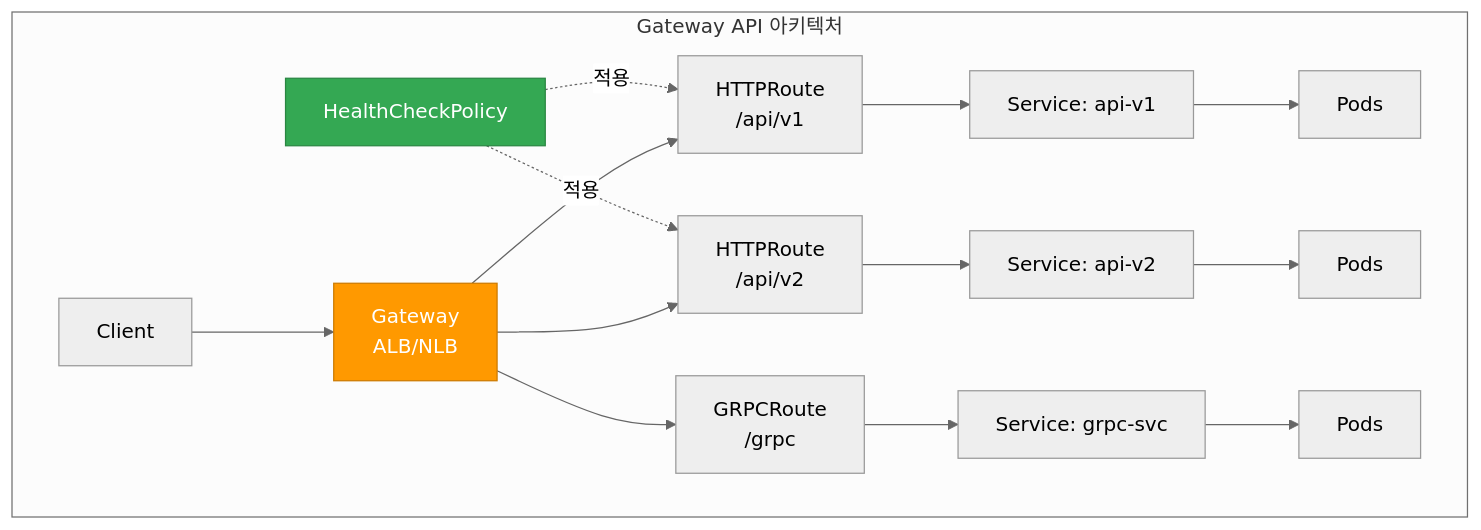
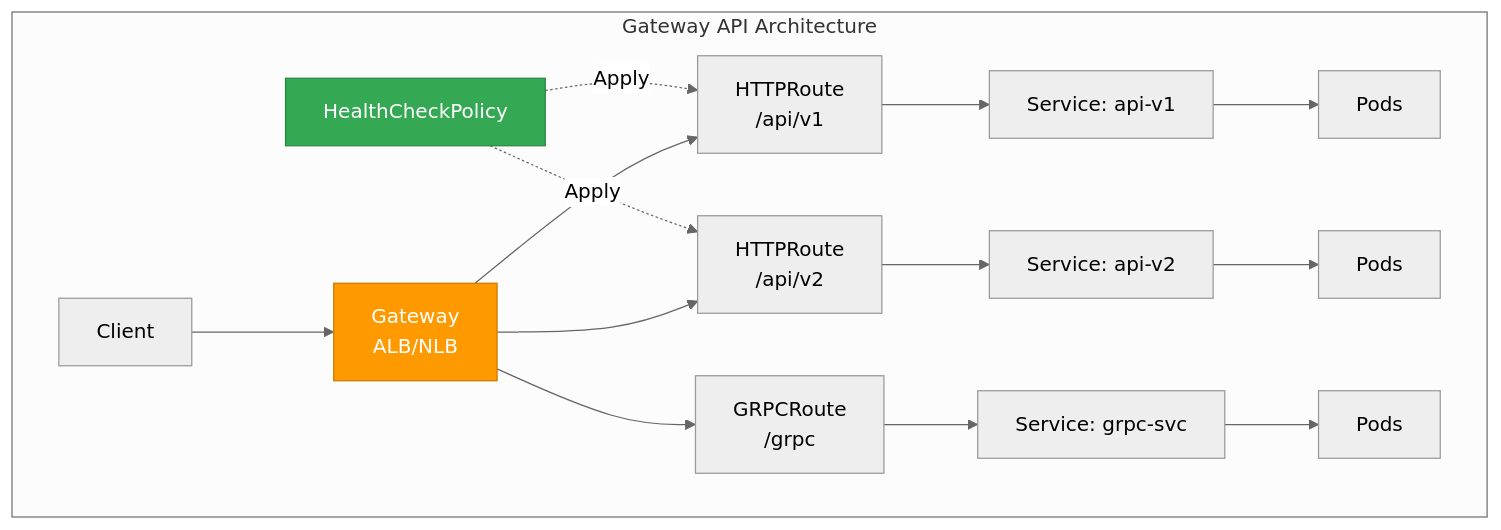
The second of 2 diagrams in docs/eks-best-practices/operations-reliability/pod-lifecycle/probe-load-balancers.md (devfloor9/engineering-playbook), drawn with Mermaid (neutral theme) before and after one commit. The commit also changed other lines of this file and 954 other files, not shown here.

````diff
--- a/docs/eks-best-practices/operations-reliability/pod-lifecycle/probe-load-balancers.md
+++ b/docs/eks-best-practices/operations-reliability/pod-lifecycle/probe-load-balancers.md
@@ -171,23 +171,23 @@
 ```mermaid
 flowchart TB
-    subgraph "Gateway API 아키텍처"
+    subgraph "Gateway API Architecture"
         Client[Client] --> Gateway[Gateway<br/>ALB/NLB]
         Gateway --> HTTPRoute1[HTTPRoute<br/>/api/v1]
         Gateway --> HTTPRoute2[HTTPRoute<br/>/api/v2]
         Gateway --> GRPCRoute[GRPCRoute<br/>/grpc]
 
         HTTPRoute1 --> Service1[Service: api-v1]
         HTTPRoute2 --> Service2[Service: api-v2]
         GRPCRoute --> Service3[Service: grpc-svc]
 
         Service1 --> Pod1[Pods]
         Service2 --> Pod2[Pods]
         Service3 --> Pod3[Pods]
 
-        Policy[HealthCheckPolicy] -.->|적용| HTTPRoute1
-        Policy -.->|적용| HTTPRoute2
+        Policy[HealthCheckPolicy] -.->|Apply| HTTPRoute1
+        Policy -.->|Apply| HTTPRoute2
     end
 
     style Gateway fill:#ff9900,stroke:#cc7a00,color:#fff
     style Policy fill:#34a853,stroke:#2a8642,color:#fff
 ```
````
